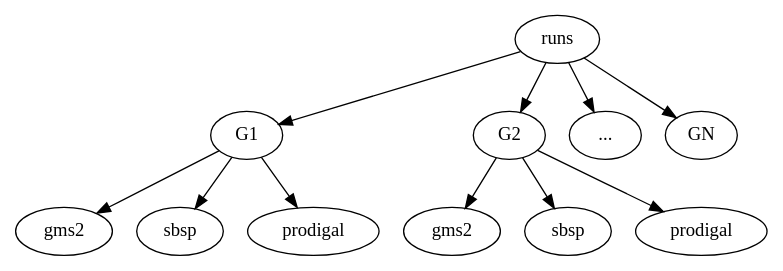
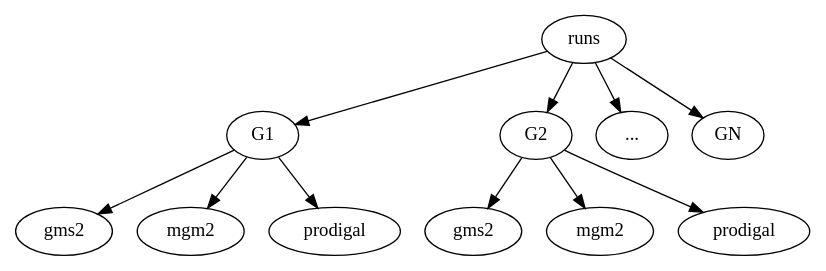
The second of 2 diagrams in info/reproduce.org (gatech-genemark/MetaGeneMark-2-exp), drawn with Graphviz before and after one commit. The commit also changed other lines of this file and 2 other files, not shown here.

```diff
--- a/info/reproduce.org
+++ b/info/reproduce.org
@@ -173,25 +86,25 @@
 #+begin_src dot :file dir_runs.pdf :cmdline -Tpdf
   digraph {
     gms21 [label="gms2"]
-    sbsp1 [label="sbsp"]
+    sbsp1 [label="mgm2"]
     prodigal1 [label="prodigal"]
 
     gms22 [label="gms2"]
-    sbsp2 [label="sbsp"]
+    sbsp2 [label="mgm2"]
     prodigal2 [label="prodigal"]
 
   
   runs -> G1;
     runs -> G2;
     runs -> "...";
     runs -> GN;
 
     G1 -> gms21;
     G1 -> sbsp1;
     G1 -> prodigal1;
     G2 -> gms22;
     G2 -> sbsp2;
     G2 -> prodigal2;
 
   }
 #+end_src
```
